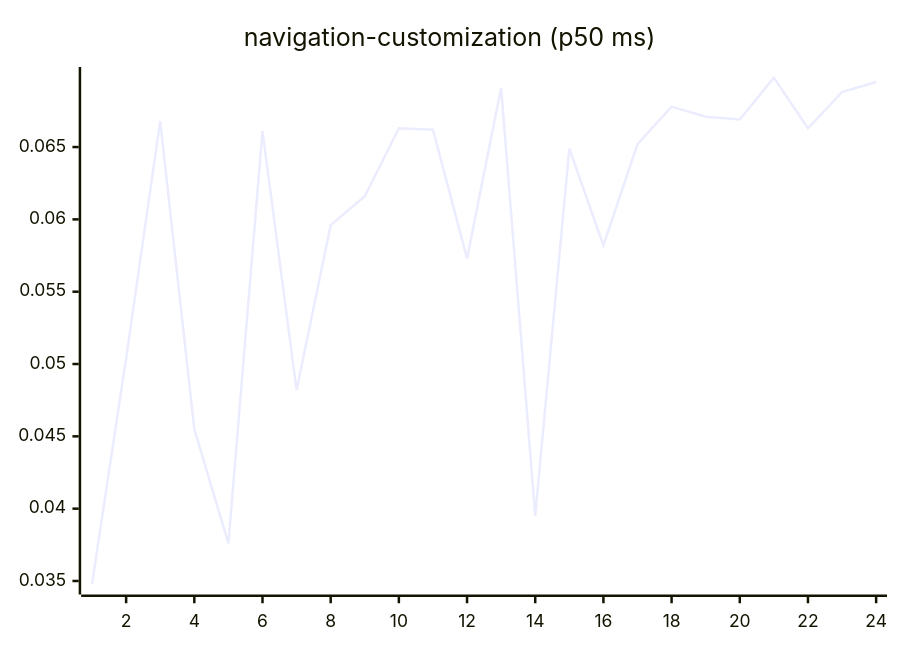
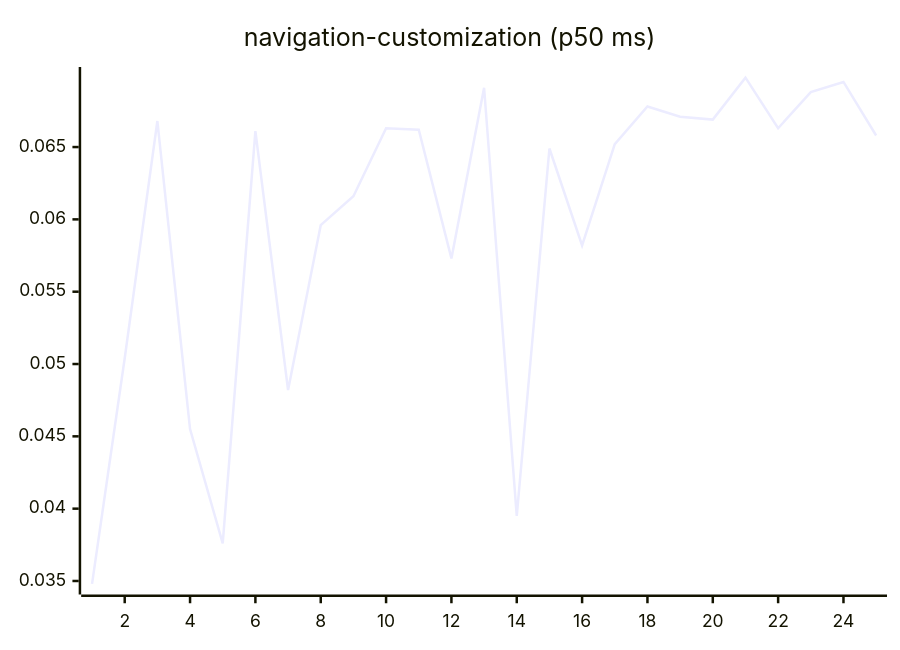
Before and after one commit to josha/Facet: diagram 15 of 27 in README.md, drawn with Mermaid. The commit also changed other lines of this file and 2 other files, not shown here.

````diff
--- a/README.md
+++ b/README.md
@@ -161,6 +161,6 @@
 ```mermaid
 xychart-beta
     title "navigation-customization (p50 ms)"
-    x-axis 1 --> 24
-    line [0.0348, 0.0504, 0.0668, 0.0455, 0.0376, 0.0661, 0.0482, 0.0596, 0.0616, 0.0663, 0.0662, 0.0573, 0.0691, 0.0395, 0.0649, 0.0582, 0.0652, 0.0678, 0.0671, 0.0669, 0.0698, 0.0663, 0.0688, 0.0695]
+    x-axis 1 --> 25
+    line [0.0348, 0.0504, 0.0668, 0.0455, 0.0376, 0.0661, 0.0482, 0.0596, 0.0616, 0.0663, 0.0662, 0.0573, 0.0691, 0.0395, 0.0649, 0.0582, 0.0652, 0.0678, 0.0671, 0.0669, 0.0698, 0.0663, 0.0688, 0.0695, 0.0658]
 ```
````
